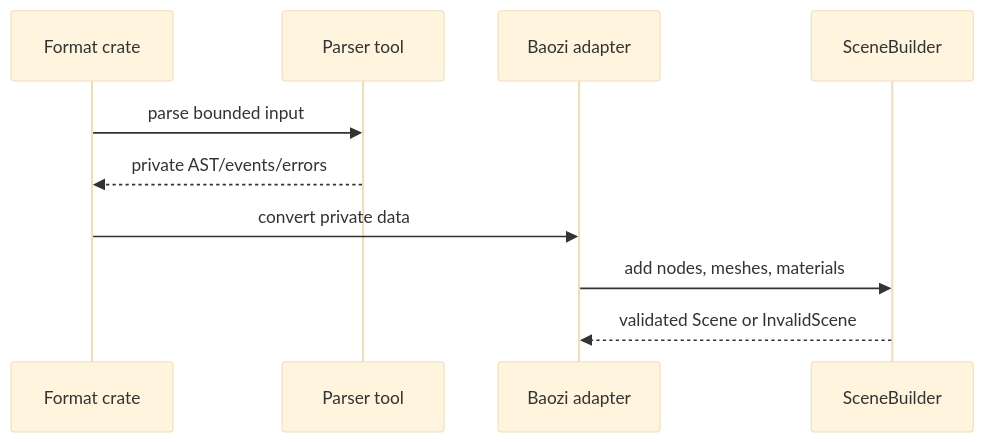
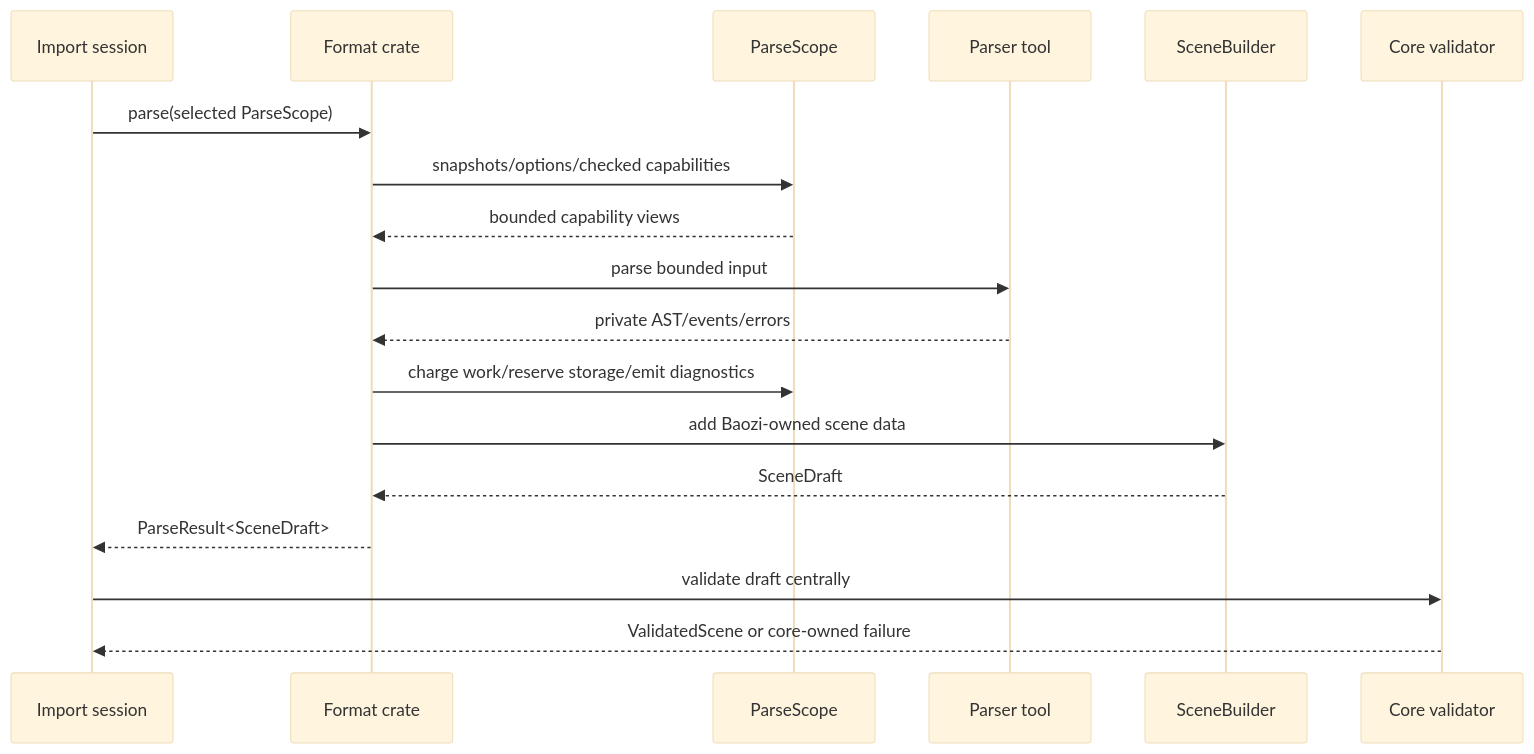
The second of 2 diagrams in docs/adr/0018-parser-tooling-and-format-owned-parser-policy.md (Latias94/baozi), drawn with Mermaid (base theme) before and after one commit. The commit also changed other lines of this file and 86 other files, not shown here.

First line of the commit message:
feat(architecture): establish canonical contract authority

````diff
--- a/docs/adr/0018-parser-tooling-and-format-owned-parser-policy.md
+++ b/docs/adr/0018-parser-tooling-and-format-owned-parser-policy.md
@@ -91,13 +107,21 @@
 ```mermaid
 sequenceDiagram
+    participant Session as Import session
     participant Format as Format crate
+    participant Scope as ParseScope
     participant Tool as Parser tool
-    participant Adapter as Baozi adapter
     participant Builder as SceneBuilder
+    participant Validator as Core validator
 
+    Session->>Format: parse(selected ParseScope)
+    Format->>Scope: snapshots/options/checked capabilities
+    Scope-->>Format: bounded capability views
     Format->>Tool: parse bounded input
     Tool-->>Format: private AST/events/errors
-    Format->>Adapter: convert private data
-    Adapter->>Builder: add nodes, meshes, materials
-    Builder-->>Adapter: validated Scene or InvalidScene
+    Format->>Scope: charge work/reserve storage/emit diagnostics
+    Format->>Builder: add Baozi-owned scene data
+    Builder-->>Format: SceneDraft
+    Format-->>Session: ParseResult<SceneDraft>
+    Session->>Validator: validate draft centrally
+    Validator-->>Session: ValidatedScene or core-owned failure
 ```
````
